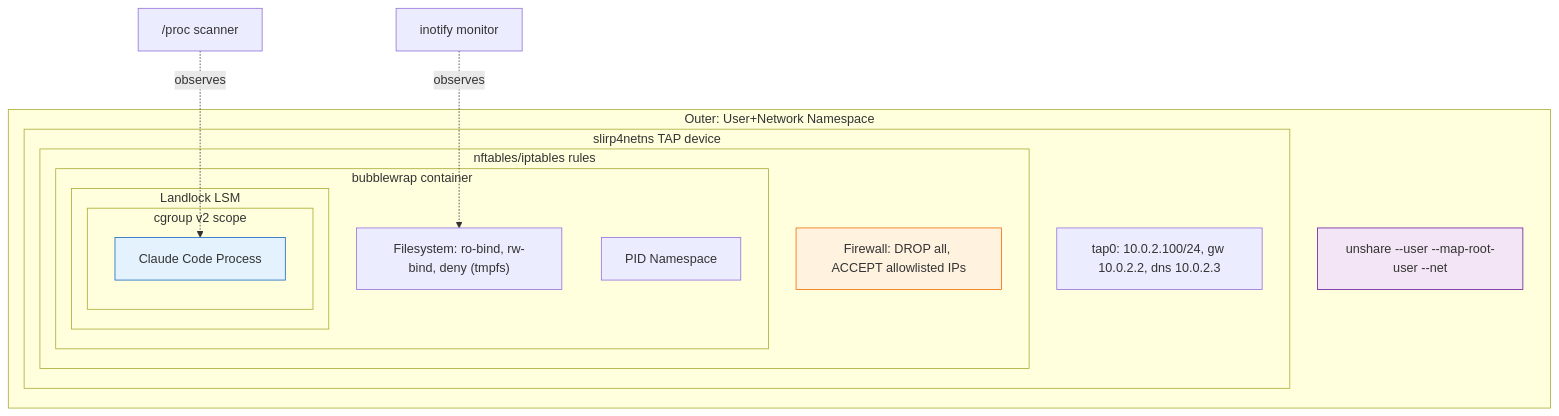
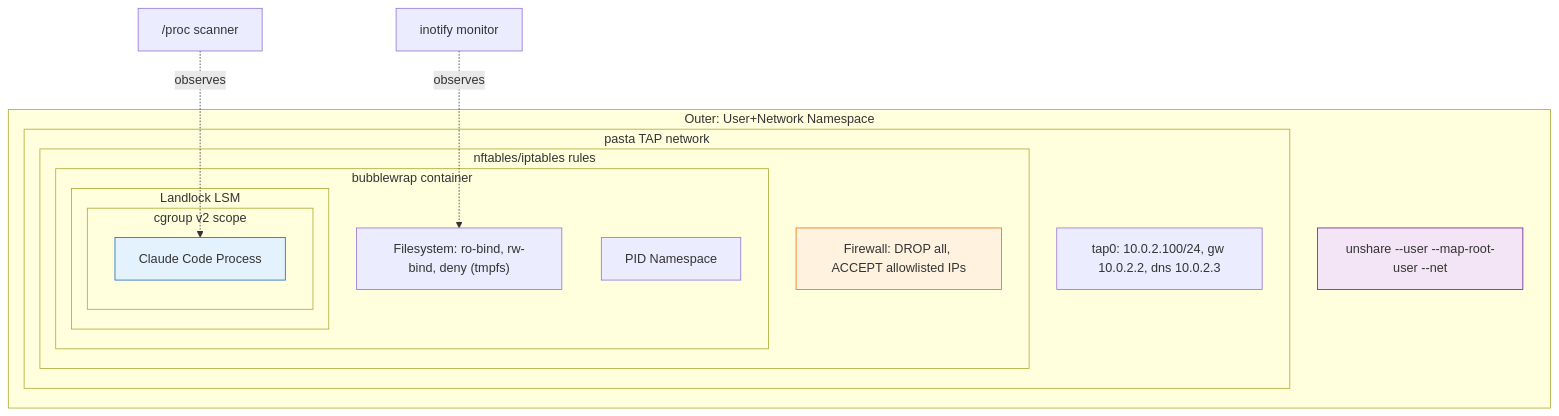
The fourth of 6 diagrams in docs/ARCHITECTURE.md (lexicone42/gleisner), drawn with Mermaid before and after one commit. The commit also changed other lines of this file and 5 other files, not shown here.

First line of the commit message:
Update docs: slirp4netns → pasta, add sandbox-init and /cosign

````diff
--- a/docs/ARCHITECTURE.md
+++ b/docs/ARCHITECTURE.md
@@ -403,28 +404,28 @@
 ```mermaid
 graph TB
     subgraph "Outer: User+Network Namespace"
-        subgraph "slirp4netns TAP device"
+        subgraph "pasta TAP network"
             subgraph "nftables/iptables rules"
                 subgraph "bubblewrap container"
                     subgraph "Landlock LSM"
                         subgraph "cgroup v2 scope"
                             CC["Claude Code Process"]
                         end
                     end
                     FS["Filesystem: ro-bind, rw-bind, deny (tmpfs)"]
                     PID["PID Namespace"]
                 end
                 FW["Firewall: DROP all, ACCEPT allowlisted IPs"]
             end
             TAP["tap0: 10.0.2.100/24, gw 10.0.2.2, dns 10.0.2.3"]
         end
         NS["unshare --user --map-root-user --net"]
     end
 
     INO["inotify monitor"] -.->|observes| FS
     PROC["/proc scanner"] -.->|observes| CC
 
     style CC fill:#e3f2fd,stroke:#1565c0
     style FW fill:#fff3e0,stroke:#ef6c00
     style NS fill:#f3e5f5,stroke:#6a1b9a
 ```
````
